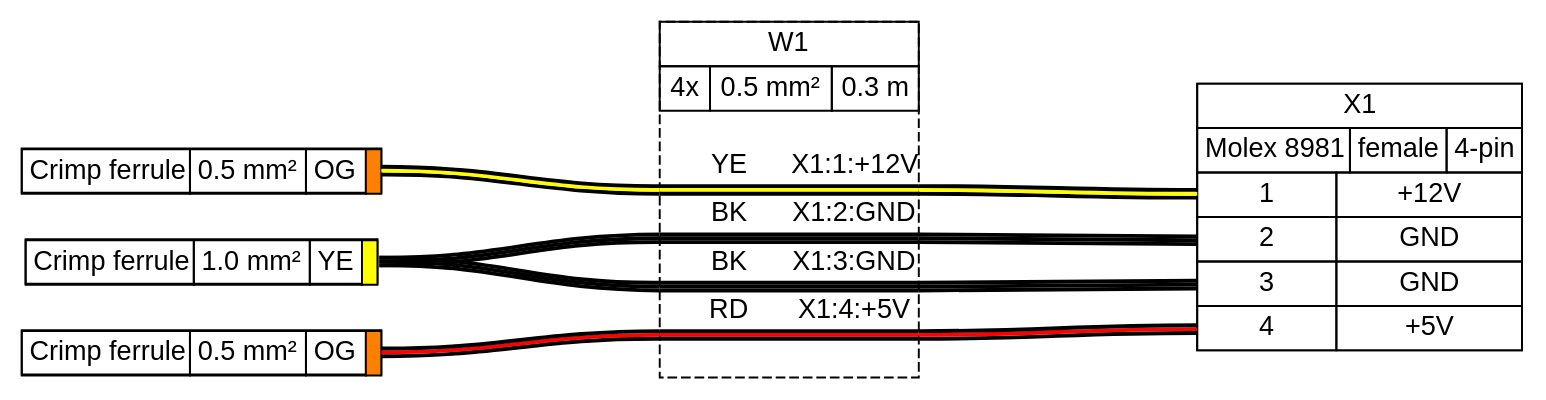
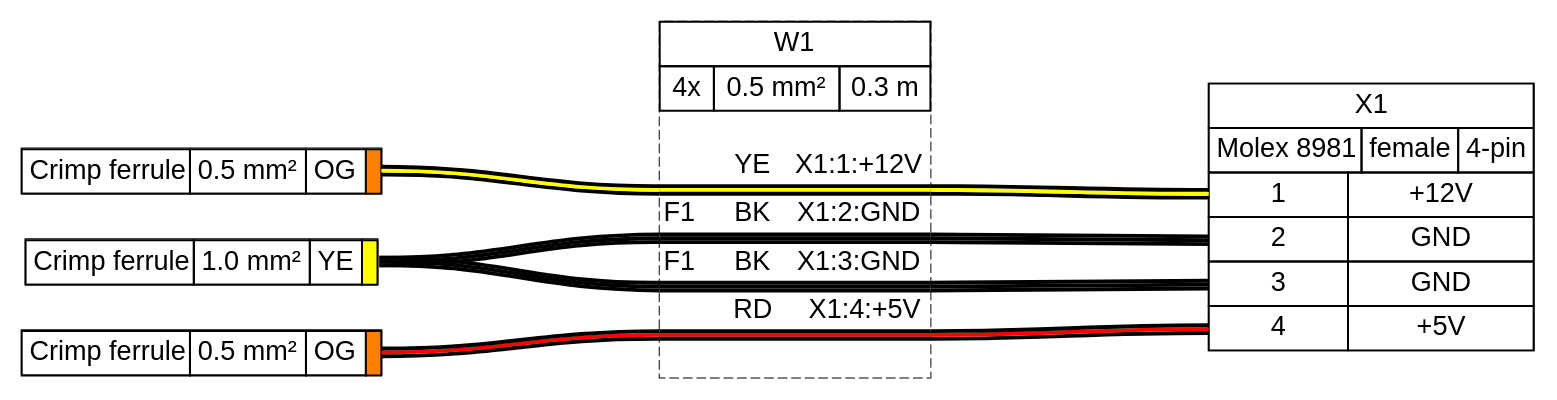
The diagram in tutorial/tutorial06.gv (tobiasfalk/WireViz), drawn with Graphviz before and after one commit. The commit also changed 121 other files, not shown here.

```diff
--- a/tutorial/tutorial06.gv
+++ b/tutorial/tutorial06.gv
@@ -1,82 +1,232 @@
 graph {
-// Graph generated by WireViz 0.4-dev
-// https://github.com/formatc1702/WireViz
+// Graph generated by WireViz 0.5-dev+refactor
+// https://github.com/wireviz/WireViz
 	graph [bgcolor="#FFFFFF" fontname=arial nodesep=0.33 rankdir=LR ranksep=2]
 	node [fillcolor="#FFFFFF" fontname=arial height=0 margin=0 shape=none style=filled width=0]
 	edge [fontname=arial style=bold]
 	AUTOGENERATED_F_05_1 [label=<
-<table border="0" cellspacing="0" cellpadding="0">
- <tr><td>
-  <table border="0" cellspacing="0" cellpadding="3" cellborder="1"><tr>
-   <td balign="left">Crimp ferrule</td>
-   <td balign="left">0.5 mm²</td>
-   <td balign="left">OG</td>
-   <td balign="left" bgcolor="#FF8000" width="4"></td>
-  </tr></table>
- </td></tr>
+<table border="0" cellspacing="0" cellpadding="0" port="p1r" bgcolor="#FFFFFF">
+ <tr>
+  <td port="p1l">
+   <table border="0" cellborder="1" cellpadding="3" cellspacing="0">
+    <tr>
+     <td>Crimp ferrule</td>
+     <td>0.5 mm²</td>
+     <td>OG</td>
+     <td bgcolor="#FF8000" sides="TBLR"></td>
+    </tr>
+   </table>
+  </td>
+ </tr>
 </table>
-> fillcolor="#FFFFFF" shape=box style=filled]
+> shape=box style=filled]
 	F1 [label=<
-<table border="0" cellspacing="0" cellpadding="0">
- <tr><td>
-  <table border="0" cellspacing="0" cellpadding="3" cellborder="1"><tr>
-   <td balign="left">Crimp ferrule</td>
-   <td balign="left">1.0 mm²</td>
-   <td balign="left">YE</td>
-   <td balign="left" bgcolor="#FFFF00" width="4"></td>
-  </tr></table>
- </td></tr>
+<table border="0" cellspacing="0" cellpadding="0" port="p1r" bgcolor="#FFFFFF">
+ <tr>
+  <td port="p1l">
+   <table border="0" cellborder="1" cellpadding="3" cellspacing="0">
+    <tr>
+     <td>Crimp ferrule</td>
+     <td>1.0 mm²</td>
+     <td>YE</td>
+     <td bgcolor="#FFFF00" sides="TBLR"></td>
+    </tr>
+   </table>
+  </td>
+ </tr>
 </table>
-> fillcolor="#FFFFFF" shape=box style=filled]
+> shape=box style=filled]
 	AUTOGENERATED_F_05_2 [label=<
-<table border="0" cellspacing="0" cellpadding="0">
- <tr><td>
-  <table border="0" cellspacing="0" cellpadding="3" cellborder="1"><tr>
-   <td balign="left">Crimp ferrule</td>
-   <td balign="left">0.5 mm²</td>
-   <td balign="left">OG</td>
-   <td balign="left" bgcolor="#FF8000" width="4"></td>
-  </tr></table>
- </td></tr>
+<table border="0" cellspacing="0" cellpadding="0" port="p1r" bgcolor="#FFFFFF">
+ <tr>
+  <td port="p1l">
+   <table border="0" cellborder="1" cellpadding="3" cellspacing="0">
+    <tr>
+     <td>Crimp ferrule</td>
+     <td>0.5 mm²</td>
+     <td>OG</td>
+     <td bgcolor="#FF8000" sides="TBLR"></td>
+    </tr>
+   </table>
+  </td>
+ </tr>
 </table>
-> fillcolor="#FFFFFF" shape=box style=filled]
+> shape=box style=filled]
 	X1 [label=<
-<table border="0" cellspacing="0" cellpadding="0">
- <tr><td>
-  <table border="0" cellspacing="0" cellpadding="3" cellborder="1"><tr>
-   <td balign="left">X1</td>
-  </tr></table>
- </td></tr>
- <tr><td>
-  <table border="0" cellspacing="0" cellpadding="3" cellborder="1"><tr>
-   <td balign="left">Molex 8981</td>
-   <td balign="left">female</td>
-   <td balign="left">4-pin</td>
-  </tr></table>
- </td></tr>
- <tr><td>
-  <table border="0" cellspacing="0" cellpadding="3" cellborder="1">
-   <tr>
-    <td port="p1l">1</td>
-    <td>+12V</td>
-   </tr>
-   <tr>
-    <td port="p2l">2</td>
-    <td>GND</td>
-   </tr>
-   <tr>
-    <td port="p3l">3</td>
-    <td>GND</td>
-   </tr>
-   <tr>
-    <td port="p4l">4</td>
-    <td>+5V</td>
-   </tr>
-  </table>
- </td></tr>
+<table border="0" cellspacing="0" cellpadding="0" bgcolor="#FFFFFF">
+ <tr>
+  <td>
+   <table border="0" cellborder="1" cellpadding="3" cellspacing="0">
+    <tr>
+     <td>X1</td>
+    </tr>
+   </table>
+  </td>
+ </tr>
+ <tr>
+  <td>
+   <table border="0" cellborder="1" cellpadding="3" cellspacing="0">
+    <tr>
+     <td>Molex 8981</td>
+     <td>female</td>
+     <td>4-pin</td>
+    </tr>
+   </table>
+  </td>
+ </tr>
+ <tr>
+  <td>
+   <table border="0" cellborder="1" cellpadding="3" cellspacing="0">
+    <tr>
+     <td port="p1l">1</td>
+     <td>+12V</td>
+    </tr>
+    <tr>
+     <td port="p2l">2</td>
+     <td>GND</td>
+    </tr>
+    <tr>
+     <td port="p3l">3</td>
+     <td>GND</td>
+    </tr>
+    <tr>
+     <td port="p4l">4</td>
+     <td>+5V</td>
+    </tr>
+   </table>
+  </td>
+ </tr>
 </table>
-> fillcolor="#FFFFFF" shape=box style=filled]
-	edge [color="#000000:#ffff00:#000000"]
+> shape=box style=filled]
+	W1 [label=<
+<table border="0" cellspacing="0" cellpadding="0" bgcolor="#FFFFFF">
+ <tr>
+  <td>
+   <table border="0" cellborder="1" cellpadding="3" cellspacing="0">
+    <tr>
+     <td>W1</td>
+    </tr>
+   </table>
+  </td>
+ </tr>
+ <tr>
+  <td>
+   <table border="0" cellborder="1" cellpadding="3" cellspacing="0">
+    <tr>
+     <td>4x</td>
+     <td>0.5 mm²</td>
+     <td>0.3 m</td>
+    </tr>
+   </table>
+  </td>
+ </tr>
+ <tr>
+  <td>
+   <table border="0" cellborder="0" cellspacing="0">
+    <tr>
+     <td>&nbsp;</td>
+    </tr>
+    <tr>
+     <td align="left"> </td>
+     <td> </td>
+     <td></td>
+     <td>YE</td>
+     <td> </td>
+     <td align="right">X1:1:+12V </td>
+    </tr>
+    <tr>
+     <td border="0" cellspacing="0" cellpadding="0" colspan="6" height="6" port="w1">
+      <table border="0" cellborder="0" cellspacing="0">
+       <tr>
+        <td bgcolor="#000000" border="0" cellpadding="0" colspan="6" height="2"></td>
+       </tr>
+       <tr>
+        <td bgcolor="#FFFF00" border="0" cellpadding="0" colspan="6" height="2"></td>
+       </tr>
+       <tr>
+        <td bgcolor="#000000" border="0" cellpadding="0" colspan="6" height="2"></td>
+       </tr>
+      </table>
+     </td>
+    </tr>
+    <tr>
+     <td align="left"> F1</td>
+     <td> </td>
+     <td></td>
+     <td>BK</td>
+     <td> </td>
+     <td align="right">X1:2:GND </td>
+    </tr>
+    <tr>
+     <td border="0" cellspacing="0" cellpadding="0" colspan="6" height="6" port="w2">
+      <table border="0" cellborder="0" cellspacing="0">
+       <tr>
+        <td bgcolor="#000000" border="0" cellpadding="0" colspan="6" height="2"></td>
+       </tr>
+       <tr>
+        <td bgcolor="#000000" border="0" cellpadding="0" colspan="6" height="2"></td>
+       </tr>
+       <tr>
+        <td bgcolor="#000000" border="0" cellpadding="0" colspan="6" height="2"></td>
+       </tr>
+      </table>
+     </td>
+    </tr>
+    <tr>
+     <td align="left"> F1</td>
+     <td> </td>
+     <td></td>
+     <td>BK</td>
+     <td> </td>
+     <td align="right">X1:3:GND </td>
+    </tr>
+    <tr>
+     <td border="0" cellspacing="0" cellpadding="0" colspan="6" height="6" port="w3">
+      <table border="0" cellborder="0" cellspacing="0">
+       <tr>
+        <td bgcolor="#000000" border="0" cellpadding="0" colspan="6" height="2"></td>
+       </tr>
+       <tr>
+        <td bgcolor="#000000" border="0" cellpadding="0" colspan="6" height="2"></td>
+       </tr>
+       <tr>
+        <td bgcolor="#000000" border="0" cellpadding="0" colspan="6" height="2"></td>
+       </tr>
+      </table>
+     </td>
+    </tr>
+    <tr>
+     <td align="left"> </td>
+     <td> </td>
+     <td></td>
+     <td>RD</td>
+     <td> </td>
+     <td align="right">X1:4:+5V </td>
+    </tr>
+    <tr>
+     <td border="0" cellspacing="0" cellpadding="0" colspan="6" height="6" port="w4">
+      <table border="0" cellborder="0" cellspacing="0">
+       <tr>
+        <td bgcolor="#000000" border="0" cellpadding="0" colspan="6" height="2"></td>
+       </tr>
+       <tr>
+        <td bgcolor="#FF0000" border="0" cellpadding="0" colspan="6" height="2"></td>
+       </tr>
+       <tr>
+        <td bgcolor="#000000" border="0" cellpadding="0" colspan="6" height="2"></td>
+       </tr>
+      </table>
+     </td>
+    </tr>
+    <tr>
+     <td>&nbsp;</td>
+    </tr>
+   </table>
+  </td>
+ </tr>
+</table>
+> shape=box style="filled,dashed"]
+	edge [color="#000000:#FFFF00:#000000"]
 	AUTOGENERATED_F_05_1:e -- W1:w1:w
 	W1:w1:e -- X1:p1l:w
 	edge [color="#000000:#000000:#000000"]
@@ -85,93 +235,7 @@
 	edge [color="#000000:#000000:#000000"]
 	F1:e -- W1:w3:w
 	W1:w3:e -- X1:p3l:w
-	edge [color="#000000:#ff0000:#000000"]
+	edge [color="#000000:#FF0000:#000000"]
 	AUTOGENERATED_F_05_2:e -- W1:w4:w
 	W1:w4:e -- X1:p4l:w
-	W1 [label=<
-<table border="0" cellspacing="0" cellpadding="0">
- <tr><td>
-  <table border="0" cellspacing="0" cellpadding="3" cellborder="1"><tr>
-   <td balign="left">W1</td>
-  </tr></table>
- </td></tr>
- <tr><td>
-  <table border="0" cellspacing="0" cellpadding="3" cellborder="1"><tr>
-   <td balign="left">4x</td>
-   <td balign="left">0.5 mm²</td>
-   <td balign="left">0.3 m</td>
-  </tr></table>
- </td></tr>
- <tr><td>
-  <table border="0" cellspacing="0" cellborder="0">
-   <tr><td>&nbsp;</td></tr>
-   <tr>
-    <td></td>
-    <td>
-     YE
-    </td>
-    <td>X1:1:+12V</td>
-   </tr>
-   <tr>
-    <td colspan="3" border="0" cellspacing="0" cellpadding="0" port="w1" height="6">
-     <table cellspacing="0" cellborder="0" border="0">
-      <tr><td colspan="3" cellpadding="0" height="2" bgcolor="#000000" border="0"></td></tr>
-      <tr><td colspan="3" cellpadding="0" height="2" bgcolor="#ffff00" border="0"></td></tr>
-      <tr><td colspan="3" cellpadding="0" height="2" bgcolor="#000000" border="0"></td></tr>
-     </table>
-    </td>
-   </tr>
-   <tr>
-    <td></td>
-    <td>
-     BK
-    </td>
-    <td>X1:2:GND</td>
-   </tr>
-   <tr>
-    <td colspan="3" border="0" cellspacing="0" cellpadding="0" port="w2" height="6">
-     <table cellspacing="0" cellborder="0" border="0">
-      <tr><td colspan="3" cellpadding="0" height="2" bgcolor="#000000" border="0"></td></tr>
-      <tr><td colspan="3" cellpadding="0" height="2" bgcolor="#000000" border="0"></td></tr>
-      <tr><td colspan="3" cellpadding="0" height="2" bgcolor="#000000" border="0"></td></tr>
-     </table>
-    </td>
-   </tr>
-   <tr>
-    <td></td>
-    <td>
-     BK
-    </td>
-    <td>X1:3:GND</td>
-   </tr>
-   <tr>
-    <td colspan="3" border="0" cellspacing="0" cellpadding="0" port="w3" height="6">
-     <table cellspacing="0" cellborder="0" border="0">
-      <tr><td colspan="3" cellpadding="0" height="2" bgcolor="#000000" border="0"></td></tr>
-      <tr><td colspan="3" cellpadding="0" height="2" bgcolor="#000000" border="0"></td></tr>
-      <tr><td colspan="3" cellpadding="0" height="2" bgcolor="#000000" border="0"></td></tr>
-     </table>
-    </td>
-   </tr>
-   <tr>
-    <td></td>
-    <td>
-     RD
-    </td>
-    <td>X1:4:+5V</td>
-   </tr>
-   <tr>
-    <td colspan="3" border="0" cellspacing="0" cellpadding="0" port="w4" height="6">
-     <table cellspacing="0" cellborder="0" border="0">
-      <tr><td colspan="3" cellpadding="0" height="2" bgcolor="#000000" border="0"></td></tr>
-      <tr><td colspan="3" cellpadding="0" height="2" bgcolor="#ff0000" border="0"></td></tr>
-      <tr><td colspan="3" cellpadding="0" height="2" bgcolor="#000000" border="0"></td></tr>
-     </table>
-    </td>
-   </tr>
-   <tr><td>&nbsp;</td></tr>
-  </table>
- </td></tr>
-</table>
-> fillcolor="#FFFFFF" shape=box style="filled,dashed"]
 }
```
